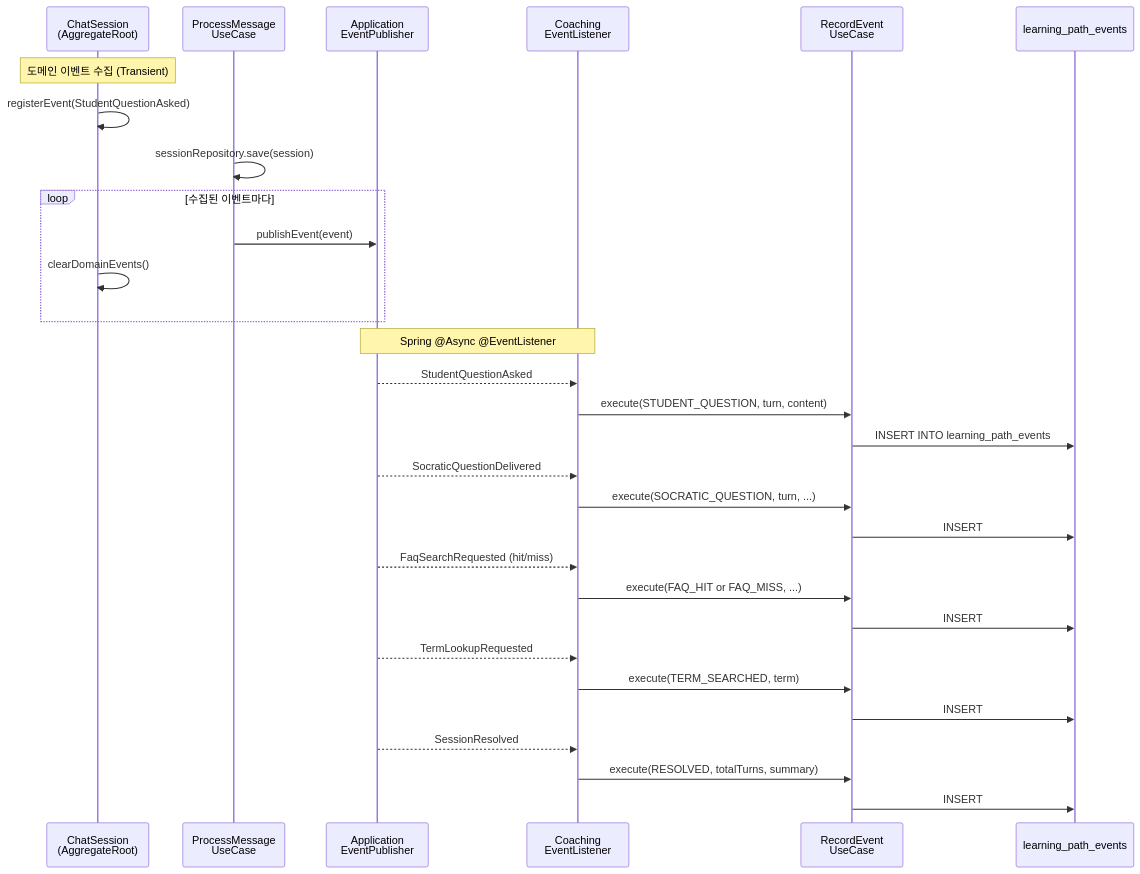
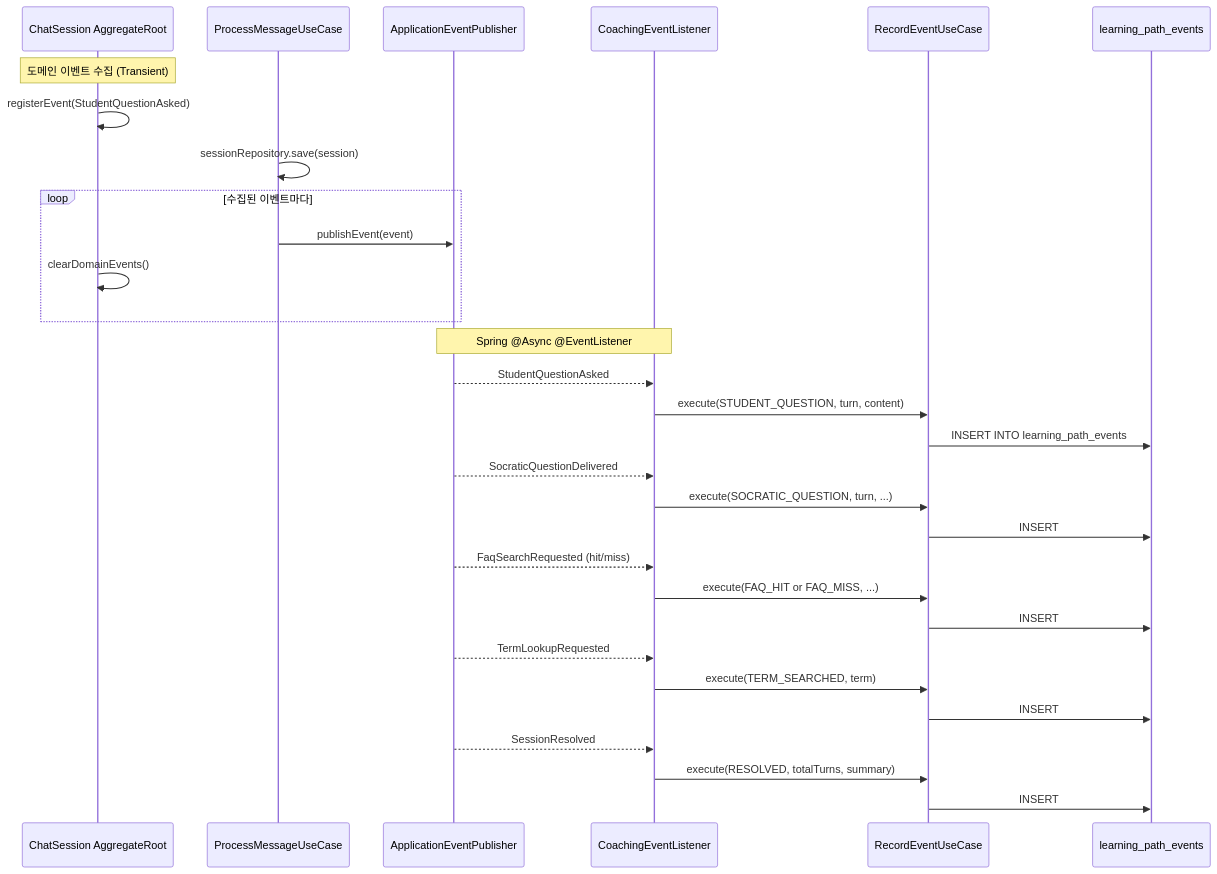
The eighth of 8 diagrams in docs/sequence-diagrams.md (kimuragen23/nadoCEO_BE), drawn with Mermaid before and after one commit. The commit also changed other lines of this file, not shown here.

First line of the commit message:
fix: Mermaid 시퀀스 다이어그램 렌더링 오류 수정

````diff
--- a/docs/sequence-diagrams.md
+++ b/docs/sequence-diagrams.md
@@ -320,41 +320,41 @@
 ```mermaid
 sequenceDiagram
-    participant Session as ChatSession<br/>(AggregateRoot)
-    participant UseCase as ProcessMessage<br/>UseCase
-    participant Publisher as Application<br/>EventPublisher
-    participant Listener as Coaching<br/>EventListener
-    participant Record as RecordEvent<br/>UseCase
+    participant Session as ChatSession AggregateRoot
+    participant UseCase as ProcessMessageUseCase
+    participant Publisher as ApplicationEventPublisher
+    participant Listener as CoachingEventListener
+    participant Record as RecordEventUseCase
     participant DB as learning_path_events
 
     Note over Session: 도메인 이벤트 수집 (Transient)
     Session->>Session: registerEvent(StudentQuestionAsked)
 
     UseCase->>UseCase: sessionRepository.save(session)
 
     loop 수집된 이벤트마다
         UseCase->>Publisher: publishEvent(event)
         Session->>Session: clearDomainEvents()
     end
 
     Note over Publisher,Listener: Spring @Async @EventListener
 
     Publisher-->>Listener: StudentQuestionAsked
     Listener->>Record: execute(STUDENT_QUESTION, turn, content)
     Record->>DB: INSERT INTO learning_path_events
 
     Publisher-->>Listener: SocraticQuestionDelivered
     Listener->>Record: execute(SOCRATIC_QUESTION, turn, ...)
     Record->>DB: INSERT
 
     Publisher-->>Listener: FaqSearchRequested (hit/miss)
     Listener->>Record: execute(FAQ_HIT or FAQ_MISS, ...)
     Record->>DB: INSERT
 
     Publisher-->>Listener: TermLookupRequested
     Listener->>Record: execute(TERM_SEARCHED, term)
     Record->>DB: INSERT
 
     Publisher-->>Listener: SessionResolved
     Listener->>Record: execute(RESOLVED, totalTurns, summary)
     Record->>DB: INSERT
 ```
````
